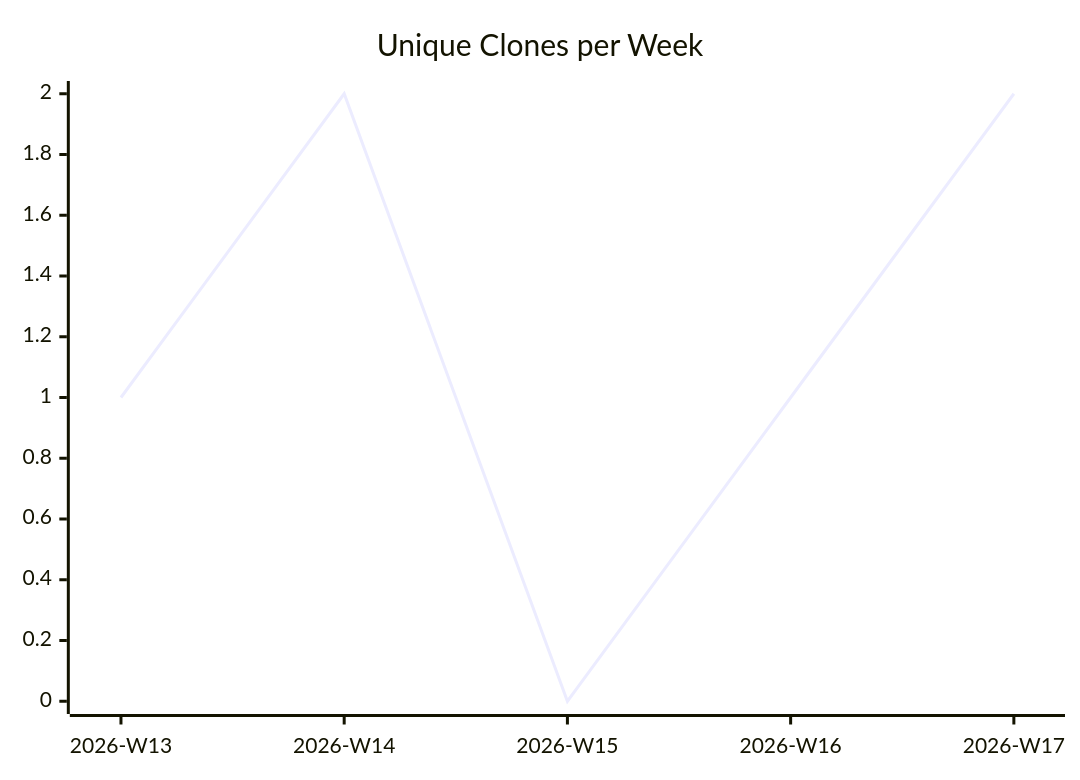
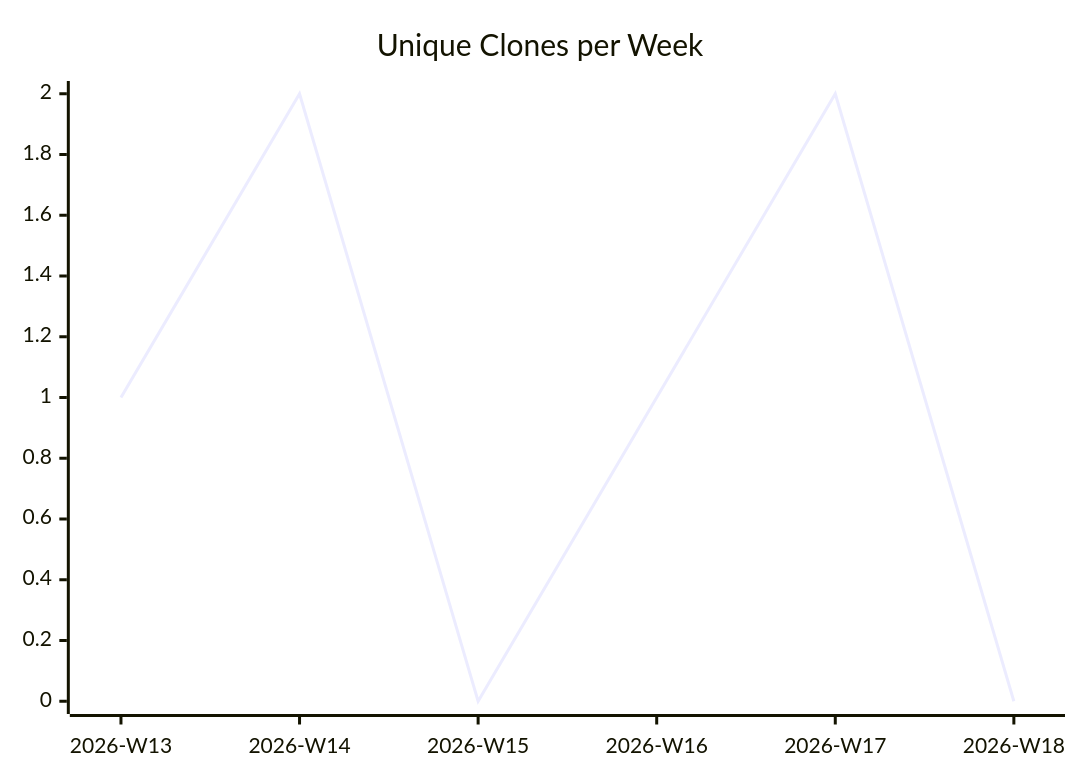
One commit to justdavis-family/github-analytics-data changed the third of 3 diagrams in karlmdavis/hapi-fhir-jpaserver-starter/README.md. Above: the diagram before and after it, drawn with Mermaid. The commit also changed other lines of this file and 184 other files, not shown here.

````diff
--- a/karlmdavis/hapi-fhir-jpaserver-starter/README.md
+++ b/karlmdavis/hapi-fhir-jpaserver-starter/README.md
@@ -19,6 +19,6 @@
 ```mermaid
 xychart-beta
   title "Unique Clones per Week"
-  x-axis ["2026-W13", "2026-W14", "2026-W15", "2026-W16", "2026-W17"]
-  line [1, 2, 0, 1, 2]
+  x-axis ["2026-W13", "2026-W14", "2026-W15", "2026-W16", "2026-W17", "2026-W18"]
+  line [1, 2, 0, 1, 2, 0]
 ```
````
